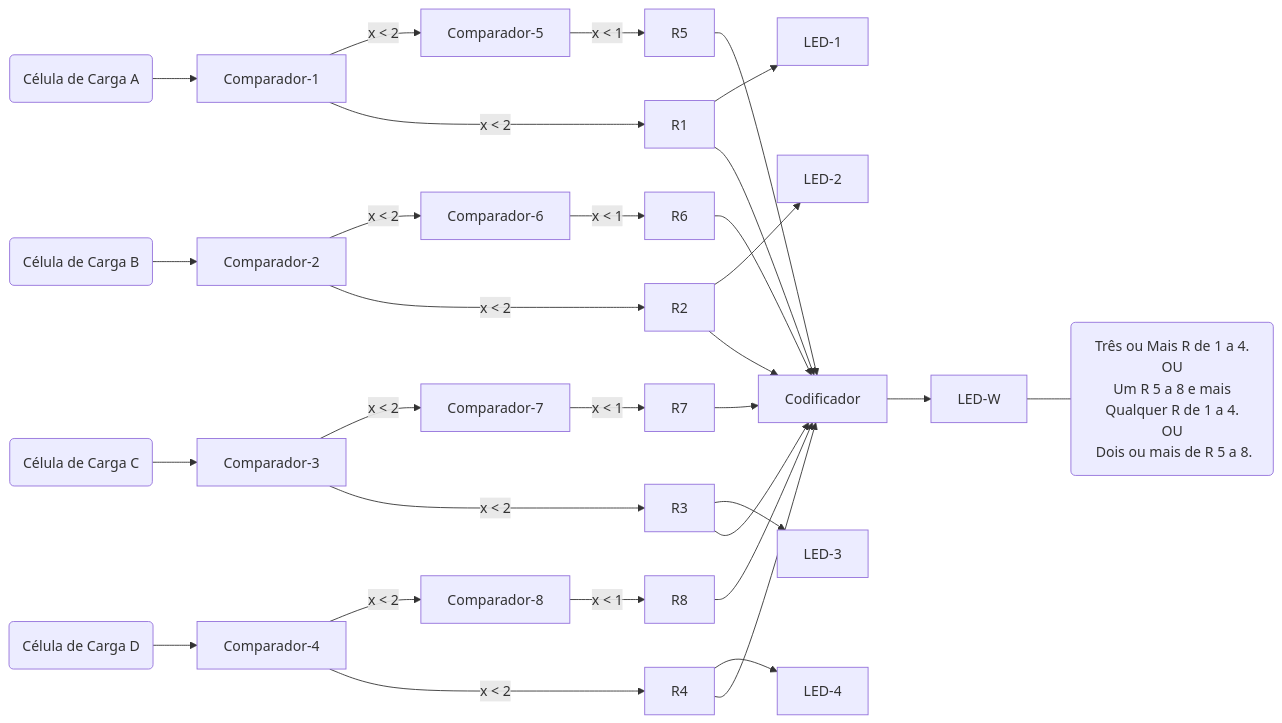
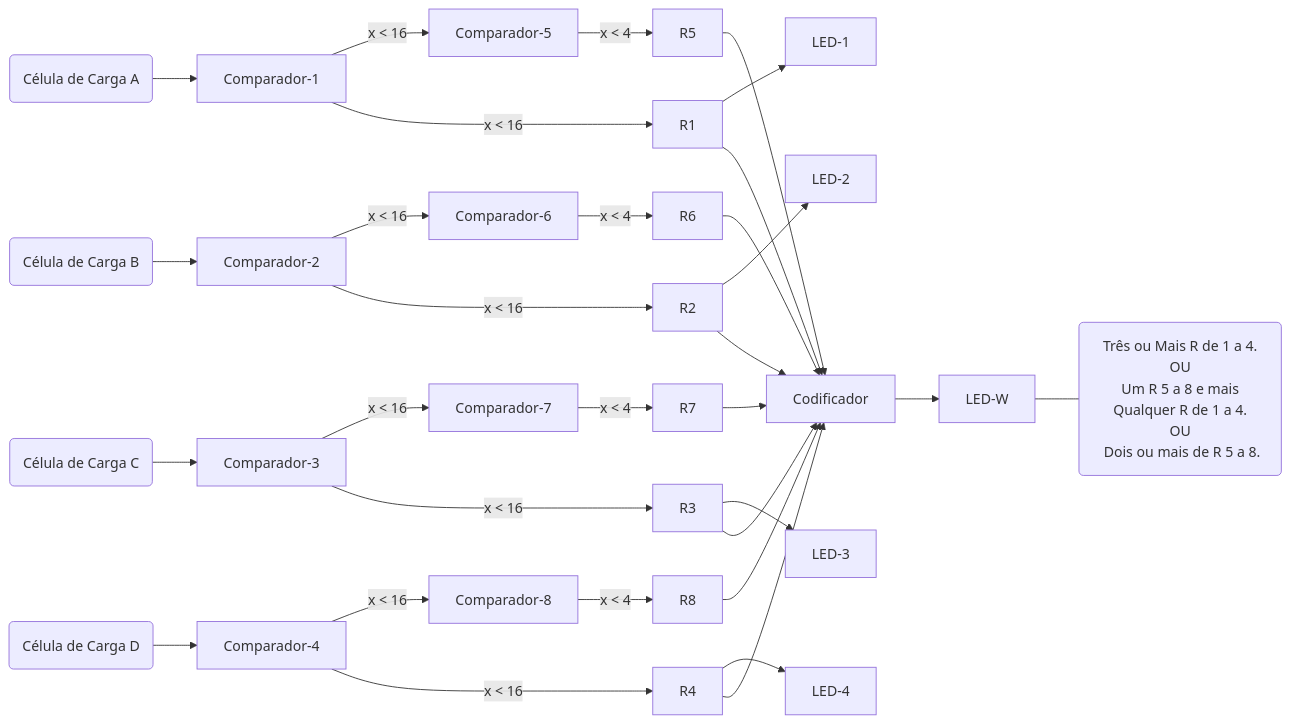
Before and after one commit to Enzo0100/Solar-Quality: the second of 3 diagrams in README.md, drawn with Mermaid. The commit also changed other lines of this file and 2 other files, not shown here.

````diff
--- a/README.md
+++ b/README.md
@@ -135,33 +135,33 @@
 ```mermaid
 graph LR; 
 sensorA(Célula de Carga A)-->Comparador-1
 sensorB(Célula de Carga B)-->Comparador-2
 sensorC(Célula de Carga C)-->Comparador-3
 sensorD(Célula de Carga D)-->Comparador-4
-Comparador-1-->|x < 2|Comparador-5
-Comparador-2-->|x < 2|Comparador-6
-Comparador-3-->|x < 2|Comparador-7
-Comparador-4-->|x < 2|Comparador-8
-Comparador-1-->|x < 2|R1
-Comparador-2-->|x < 2|R2
-Comparador-3-->|x < 2|R3
-Comparador-4-->|x < 2|R4
-Comparador-5-->|x < 1|R5
-Comparador-6-->|x < 1|R6
-Comparador-7-->|x < 1|R7
-Comparador-8-->|x < 1|R8
+Comparador-1-->|x < 16|Comparador-5
+Comparador-2-->|x < 16|Comparador-6
+Comparador-3-->|x < 16|Comparador-7
+Comparador-4-->|x < 16|Comparador-8
+Comparador-1-->|x < 16|R1
+Comparador-2-->|x < 16|R2
+Comparador-3-->|x < 16|R3
+Comparador-4-->|x < 16|R4
+Comparador-5-->|x < 4|R5
+Comparador-6-->|x < 4|R6
+Comparador-7-->|x < 4|R7
+Comparador-8-->|x < 4|R8
 R1-->LED-1
 R2-->LED-2
 R3-->LED-3
 R4-->LED-4
 R1-->Codificador
 R2-->Codificador
 R3-->Codificador
 R4-->Codificador
 R5-->Codificador
 R6-->Codificador
 R7-->Codificador
 R8-->Codificador
 Codificador-->LED-W
 LED-W---led(Três ou Mais R de 1 a 4.\nOU\n Um R 5 a 8 e mais Qualquer R de 1 a 4.\nOU\n Dois ou mais de R 5 a 8.)
 ```
````
